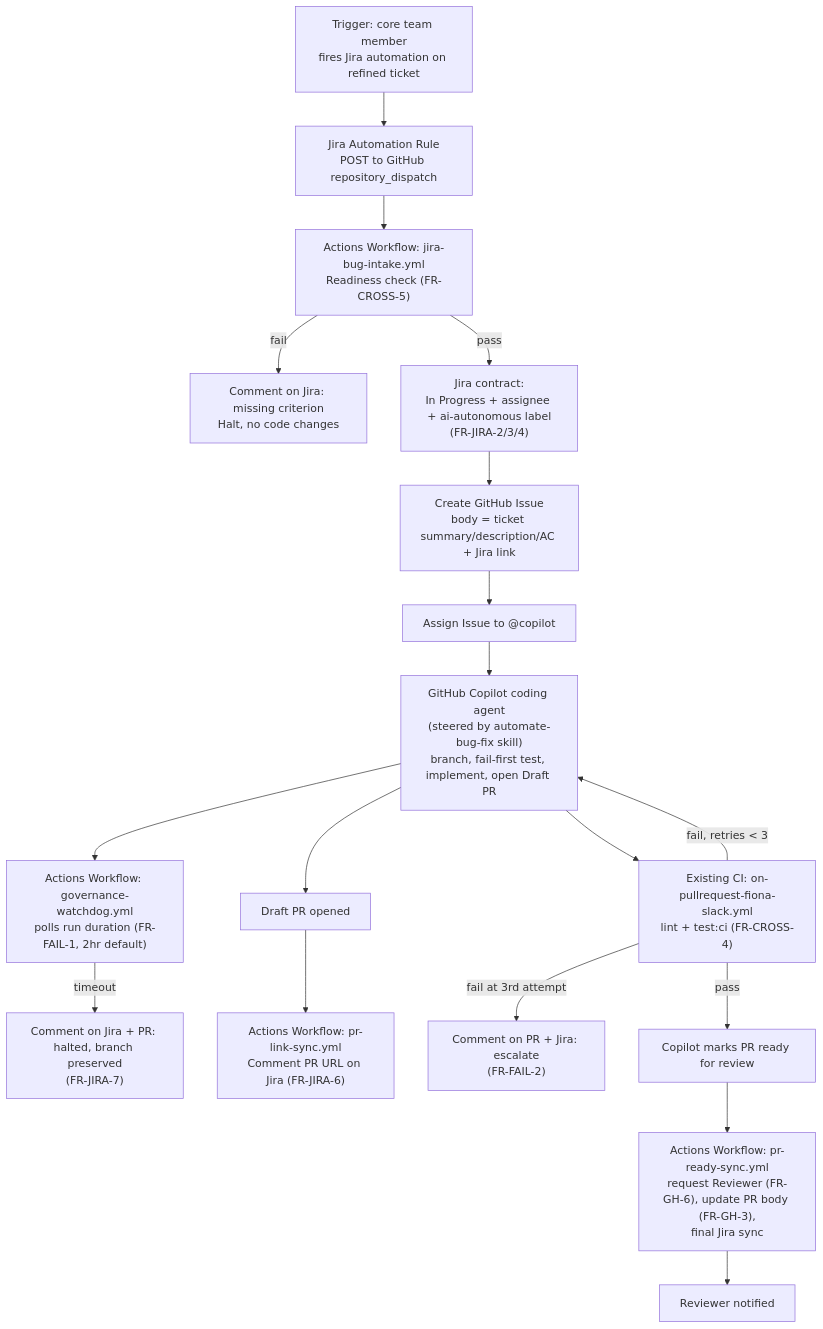
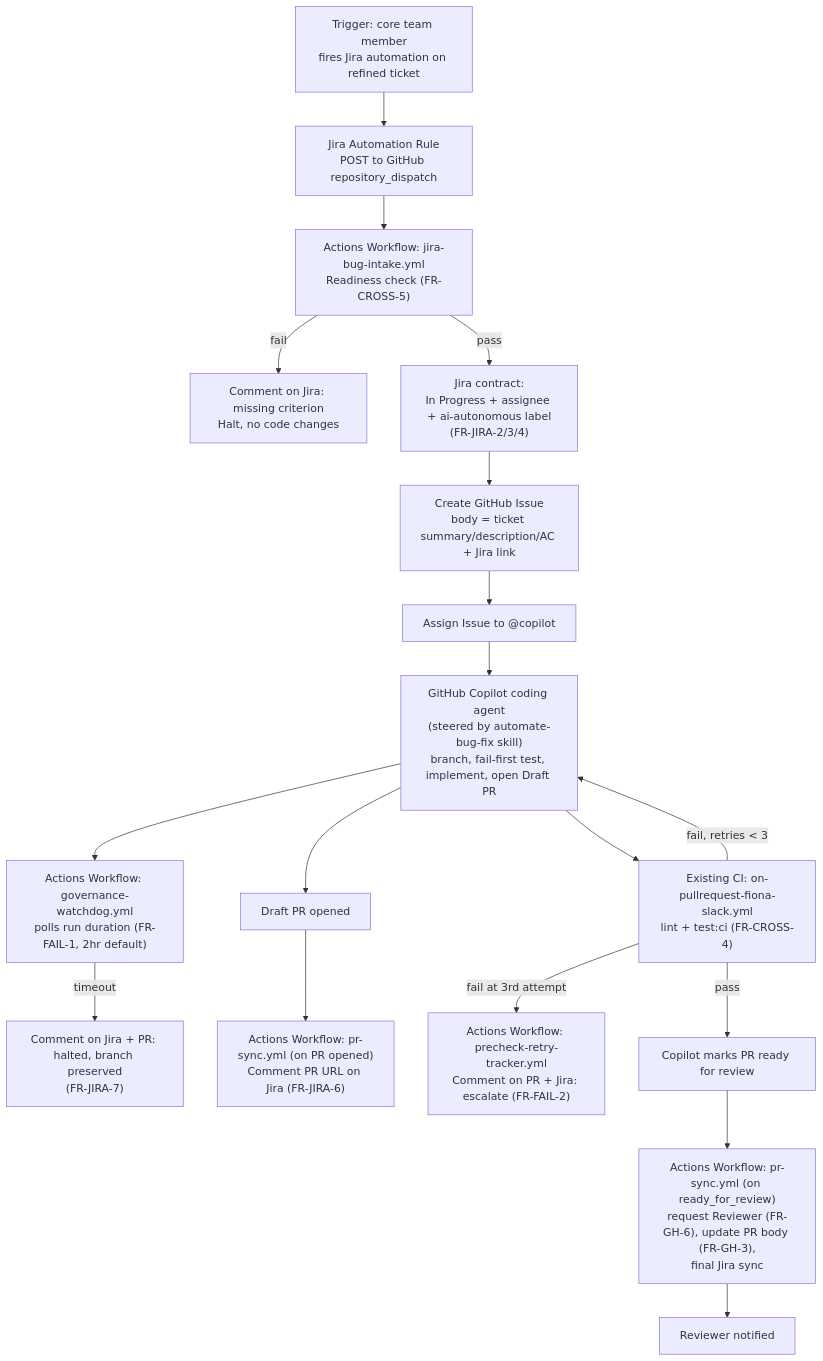
Before and after one commit to Ed-Fi-Alliance-OSS/Fiona: the diagram in docs/TDD-agentic-workflow-mvp.md, drawn with Mermaid. The commit also changed other lines of this file, not shown here.

First line of the commit message:
docs: align TDD with PRD, reduce workflow count, note AI-98 supersession

````diff
--- a/docs/TDD-agentic-workflow-mvp.md
+++ b/docs/TDD-agentic-workflow-mvp.md
@@ -87,20 +100,20 @@
 ```mermaid
 flowchart TD
     T["Trigger: core team member\nfires Jira automation on refined ticket"] --> DISPATCH["Jira Automation Rule\nPOST to GitHub repository_dispatch"]
     DISPATCH --> READY["Actions Workflow: jira-bug-intake.yml\nReadiness check (FR-CROSS-5)"]
     READY -- fail --> RCOMMENT["Comment on Jira: missing criterion\nHalt, no code changes"]
     READY -- pass --> JCONTRACT["Jira contract:\nIn Progress + assignee + ai-autonomous label\n(FR-JIRA-2/3/4)"]
     JCONTRACT --> ISSUE["Create GitHub Issue\nbody = ticket summary/description/AC + Jira link"]
     ISSUE --> ASSIGN["Assign Issue to @copilot"]
     ASSIGN --> COPILOT["GitHub Copilot coding agent\n(steered by automate-bug-fix skill)\nbranch, fail-first test, implement, open Draft PR"]
     COPILOT --> GOV["Actions Workflow: governance-watchdog.yml\npolls run duration (FR-FAIL-1, 2hr default)"]
     GOV -- timeout --> HALT["Comment on Jira + PR: halted, branch preserved\n(FR-JIRA-7)"]
     COPILOT --> DRAFTPR["Draft PR opened"]
-    DRAFTPR --> JLINK["Actions Workflow: pr-link-sync.yml\nComment PR URL on Jira (FR-JIRA-6)"]
+    DRAFTPR --> JLINK["Actions Workflow: pr-sync.yml (on PR opened)\nComment PR URL on Jira (FR-JIRA-6)"]
     COPILOT --> PRECHECK["Existing CI: on-pullrequest-fiona-slack.yml\nlint + test:ci (FR-CROSS-4)"]
     PRECHECK -- fail, retries < 3 --> COPILOT
-    PRECHECK -- fail at 3rd attempt --> ESCALATE["Comment on PR + Jira: escalate\n(FR-FAIL-2)"]
+    PRECHECK -- fail at 3rd attempt --> ESCALATE["Actions Workflow: precheck-retry-tracker.yml\nComment on PR + Jira: escalate (FR-FAIL-2)"]
     PRECHECK -- pass --> READYFORREVIEW["Copilot marks PR ready for review"]
-    READYFORREVIEW --> FINALIZE["Actions Workflow: pr-ready-sync.yml\nrequest Reviewer (FR-GH-6), update PR body (FR-GH-3),\nfinal Jira sync"]
+    READYFORREVIEW --> FINALIZE["Actions Workflow: pr-sync.yml (on ready_for_review)\nrequest Reviewer (FR-GH-6), update PR body (FR-GH-3),\nfinal Jira sync"]
     FINALIZE --> REVIEWER["Reviewer notified"]
 ```
````
